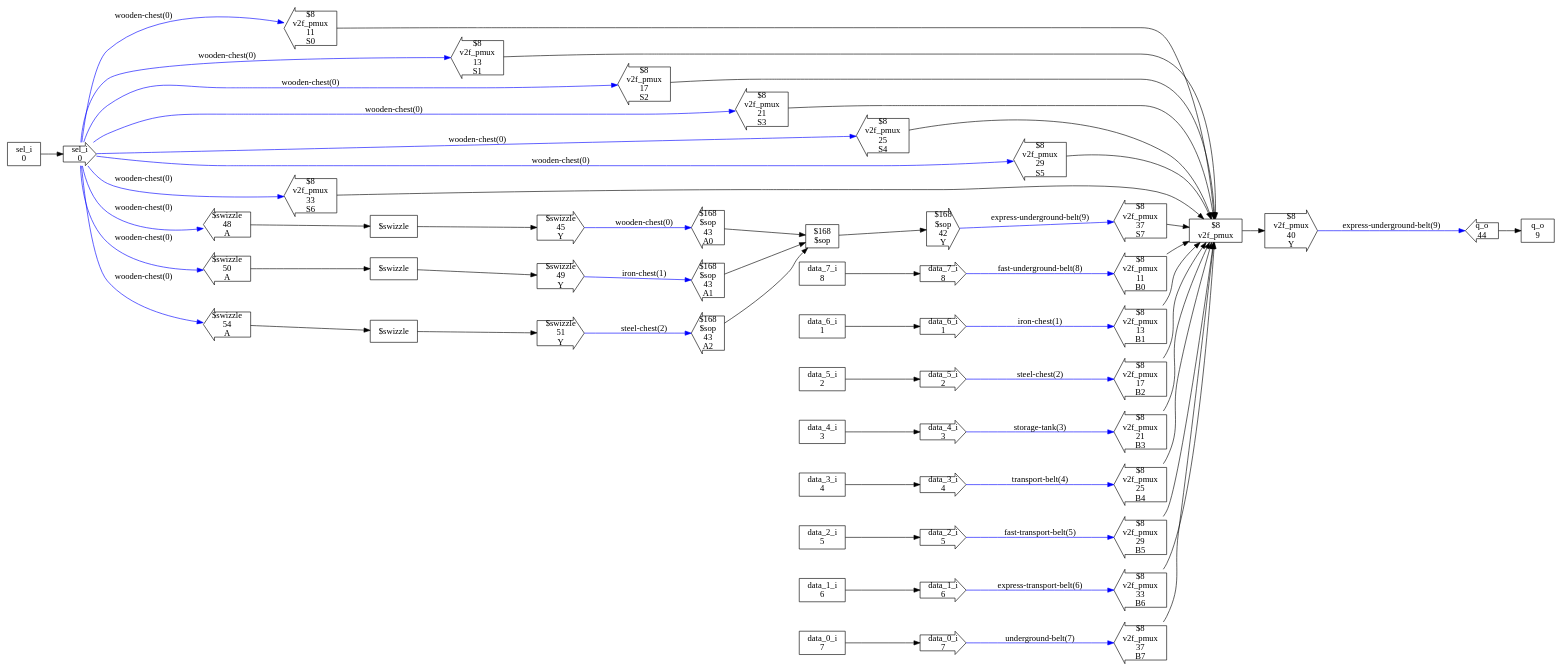
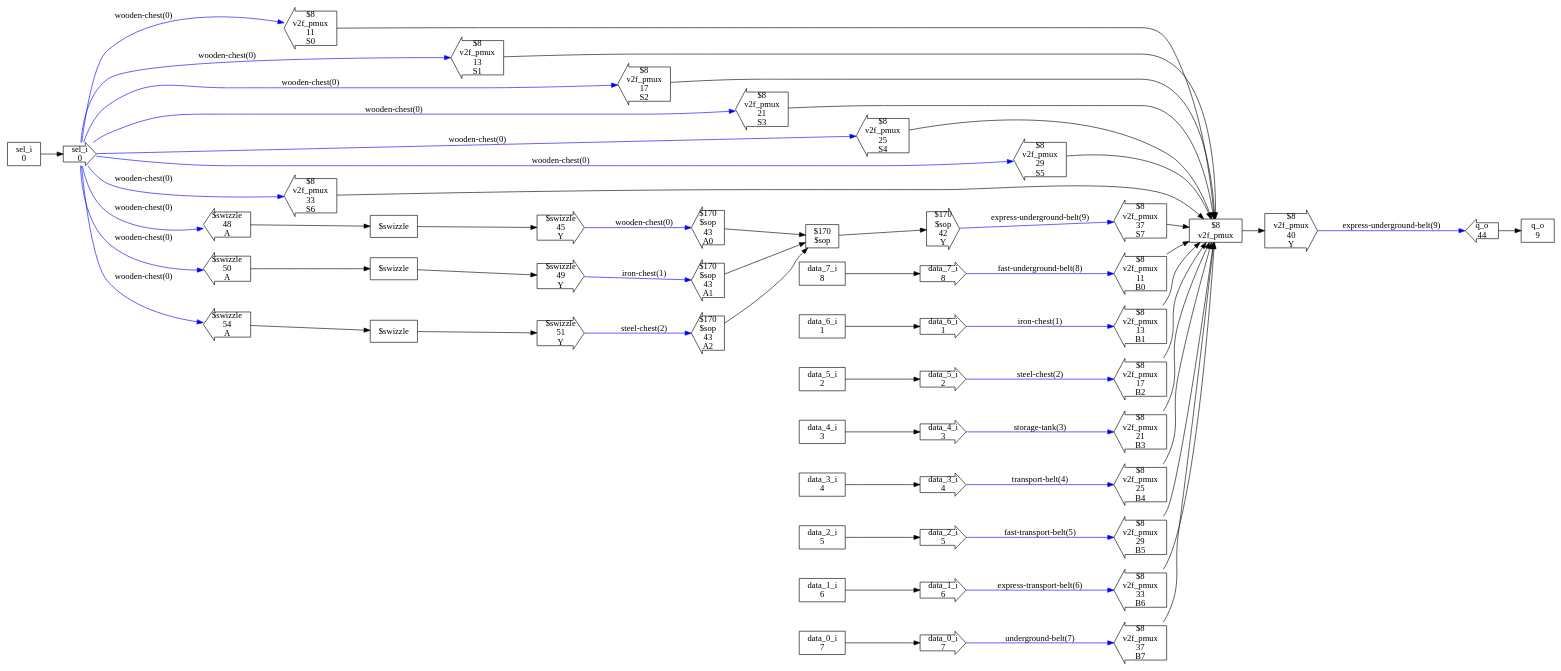
Before and after one commit to ben-j-c/verilog2factorio: the diagram in test_designs/pmux/checked_design.dot, drawn with Graphviz. The commit also changed 62 other files, not shown here.

```diff
--- a/test_designs/pmux/checked_design.dot
+++ b/test_designs/pmux/checked_design.dot
@@ -22,7 +22,7 @@
 9"]
   n13[shape=box,label="$8
 v2f_pmux"]
-  n16[shape=box,label="$168
+  n14[shape=box,label="$170
 $sop"]
   n19[shape=rarrow,label="sel_i
 0"]
@@ -112,41 +112,41 @@
 v2f_pmux
 40
 Y"]
-  n61[shape=larrow,label="$168
+  n55[shape=larrow,label="$170
 $sop
 43
 A0"]
-  n62[shape=larrow,label="$168
+  n56[shape=larrow,label="$170
 $sop
 43
 A1"]
-  n63[shape=larrow,label="$168
+  n57[shape=larrow,label="$170
 $sop
 43
 A2"]
-  n64[shape=rarrow,label="$168
+  n58[shape=rarrow,label="$170
 $sop
 42
 Y"]
-  n81[shape=box,label="$swizzle"]
-  n82[shape=rarrow,label="$swizzle
+  n77[shape=box,label="$swizzle"]
+  n78[shape=rarrow,label="$swizzle
 45
 Y"]
-  n83[shape=larrow,label="$swizzle
+  n79[shape=larrow,label="$swizzle
 48
 A"]
-  n84[shape=box,label="$swizzle"]
-  n85[shape=rarrow,label="$swizzle
+  n80[shape=box,label="$swizzle"]
+  n81[shape=rarrow,label="$swizzle
 49
 Y"]
-  n86[shape=larrow,label="$swizzle
+  n82[shape=larrow,label="$swizzle
 50
 A"]
-  n87[shape=box,label="$swizzle"]
-  n88[shape=rarrow,label="$swizzle
+  n83[shape=box,label="$swizzle"]
+  n84[shape=rarrow,label="$swizzle
 51
 Y"]
-  n89[shape=larrow,label="$swizzle
+  n85[shape=larrow,label="$swizzle
 54
 A"]
   n0 -> n19
@@ -159,10 +159,10 @@
   n7 -> n26
   n8 -> n27
   n13 -> n54
-  n16 -> n64
-  n19 -> n83 [label="wooden-chest(0)",syle=bold,color=blue]
-  n19 -> n86 [label="wooden-chest(0)",syle=bold,color=blue]
-  n19 -> n89 [label="wooden-chest(0)",syle=bold,color=blue]
+  n14 -> n58
+  n19 -> n79 [label="wooden-chest(0)",syle=bold,color=blue]
+  n19 -> n82 [label="wooden-chest(0)",syle=bold,color=blue]
+  n19 -> n85 [label="wooden-chest(0)",syle=bold,color=blue]
   n19 -> n46 [label="wooden-chest(0)",syle=bold,color=blue]
   n19 -> n47 [label="wooden-chest(0)",syle=bold,color=blue]
   n19 -> n48 [label="wooden-chest(0)",syle=bold,color=blue]
@@ -196,17 +196,17 @@
   n52 -> n13
   n53 -> n13
   n54 -> n28 [label="express-underground-belt(9)",syle=bold,color=blue]
-  n61 -> n16
-  n62 -> n16
-  n63 -> n16
-  n64 -> n53 [label="express-underground-belt(9)",syle=bold,color=blue]
-  n81 -> n82
-  n82 -> n61 [label="wooden-chest(0)",syle=bold,color=blue]
-  n83 -> n81
-  n84 -> n85
-  n85 -> n62 [label="iron-chest(1)",syle=bold,color=blue]
-  n86 -> n84
-  n87 -> n88
-  n88 -> n63 [label="steel-chest(2)",syle=bold,color=blue]
-  n89 -> n87
+  n55 -> n14
+  n56 -> n14
+  n57 -> n14
+  n58 -> n53 [label="express-underground-belt(9)",syle=bold,color=blue]
+  n77 -> n78
+  n78 -> n55 [label="wooden-chest(0)",syle=bold,color=blue]
+  n79 -> n77
+  n80 -> n81
+  n81 -> n56 [label="iron-chest(1)",syle=bold,color=blue]
+  n82 -> n80
+  n83 -> n84
+  n84 -> n57 [label="steel-chest(2)",syle=bold,color=blue]
+  n85 -> n83
 }
```
